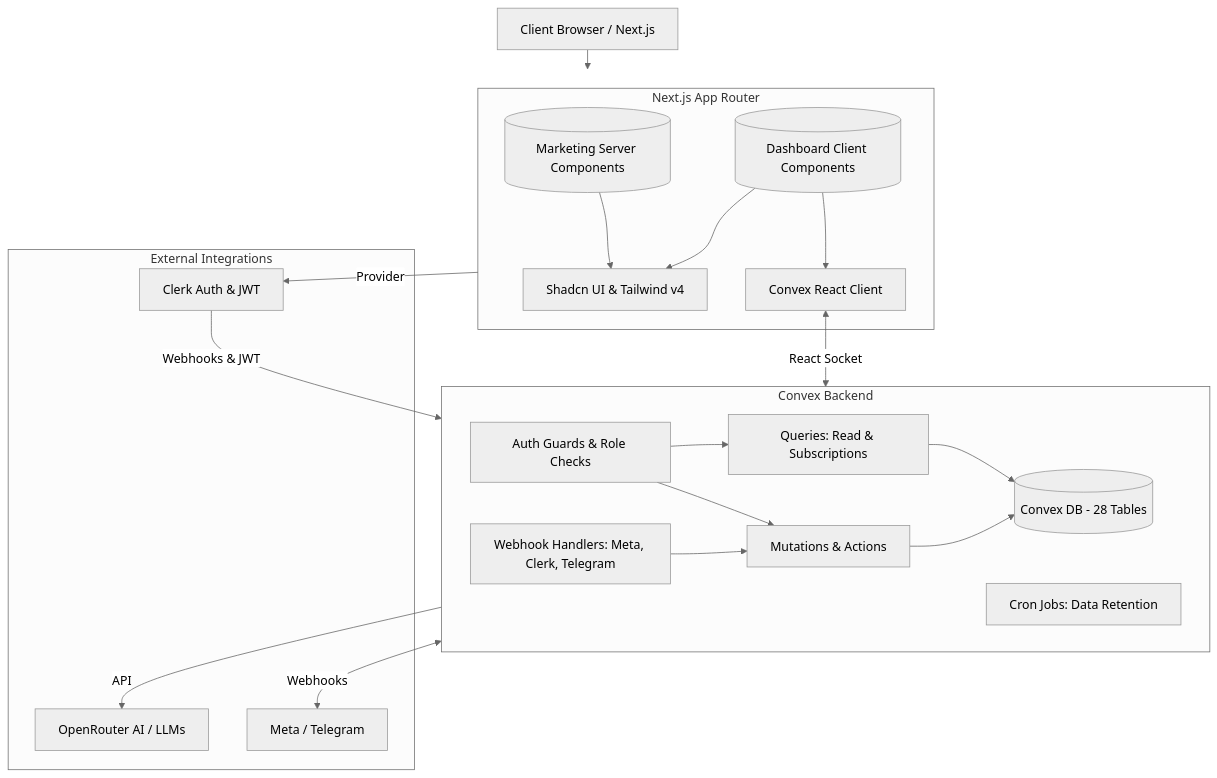
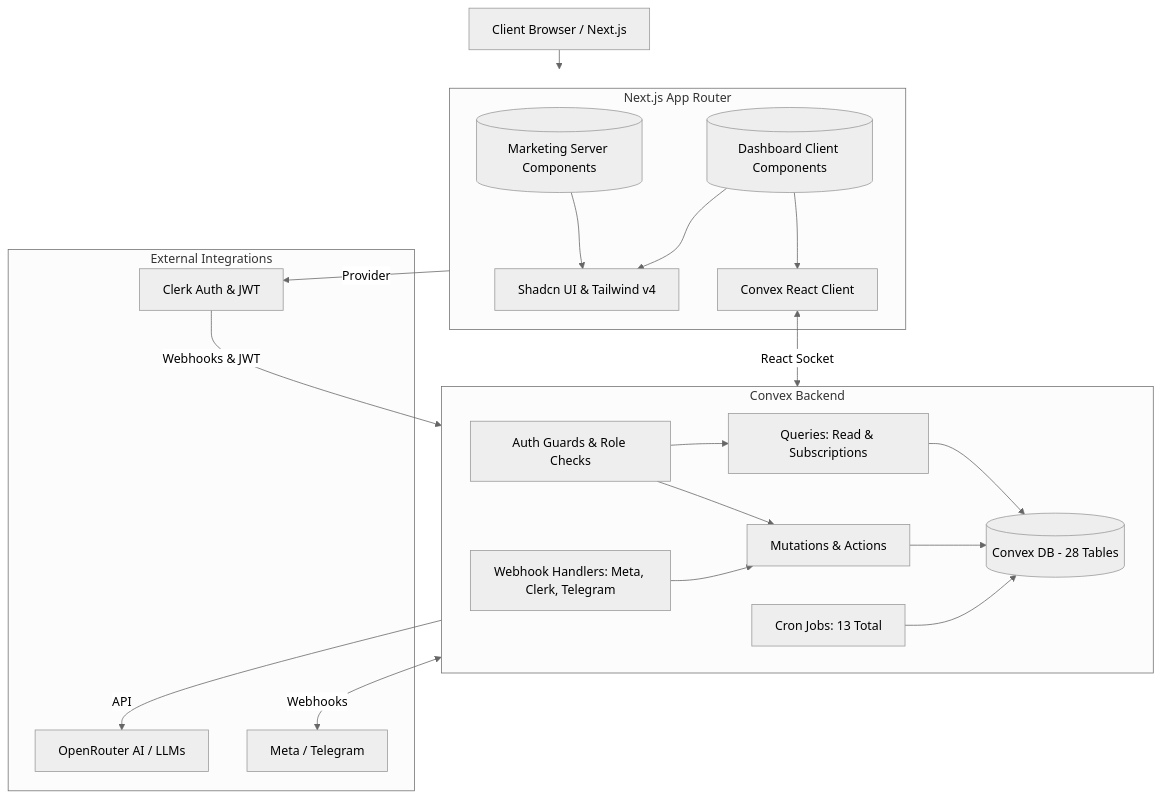
The diagram in docs/analysis-findings/SUMMARY.md (mohamed-benoughidene/yoosr), drawn with Mermaid (neutral theme) before and after one commit. The commit also changed other lines of this file and 48 other files, not shown here.

````diff
--- a/docs/analysis-findings/SUMMARY.md
+++ b/docs/analysis-findings/SUMMARY.md
@@ -9,40 +11,41 @@
 ```mermaid
 graph TD
     Client[Client Browser / Next.js]
     subgraph Frontend [Next.js App Router]
         M[(Marketing Server Components)]
         D[(Dashboard Client Components)]
         UI[Shadcn UI & Tailwind v4]
         State[Convex React Client]
     end
-    
+
     subgraph Backend [Convex Backend]
         AuthGuard[Auth Guards & Role Checks]
         Queries[Queries: Read & Subscriptions]
         Mutations[Mutations & Actions]
         DB[(Convex DB - 28 Tables)]
         Webhooks[Webhook Handlers: Meta, Clerk, Telegram]
-        Cron[Cron Jobs: Data Retention]
+        Cron[Cron Jobs: 13 Total]
     end
-    
+
     subgraph Third_Party [External Integrations]
         Clerk[Clerk Auth & JWT]
         OpenRouter[OpenRouter AI / LLMs]
         Meta[Meta / Telegram]
     end
 
     Client --> Frontend
     M --> UI
     D --> UI
     D --> State
     State <--> |React Socket| Backend
     Clerk --> |Webhooks & JWT| Backend
     Frontend --> |Provider| Clerk
     Backend --> |API| OpenRouter
     Backend <--> |Webhooks| Meta
     AuthGuard --> Queries
     AuthGuard --> Mutations
     Queries --> DB
     Mutations --> DB
     Webhooks --> Mutations
+    Cron --> DB
 ```
````
